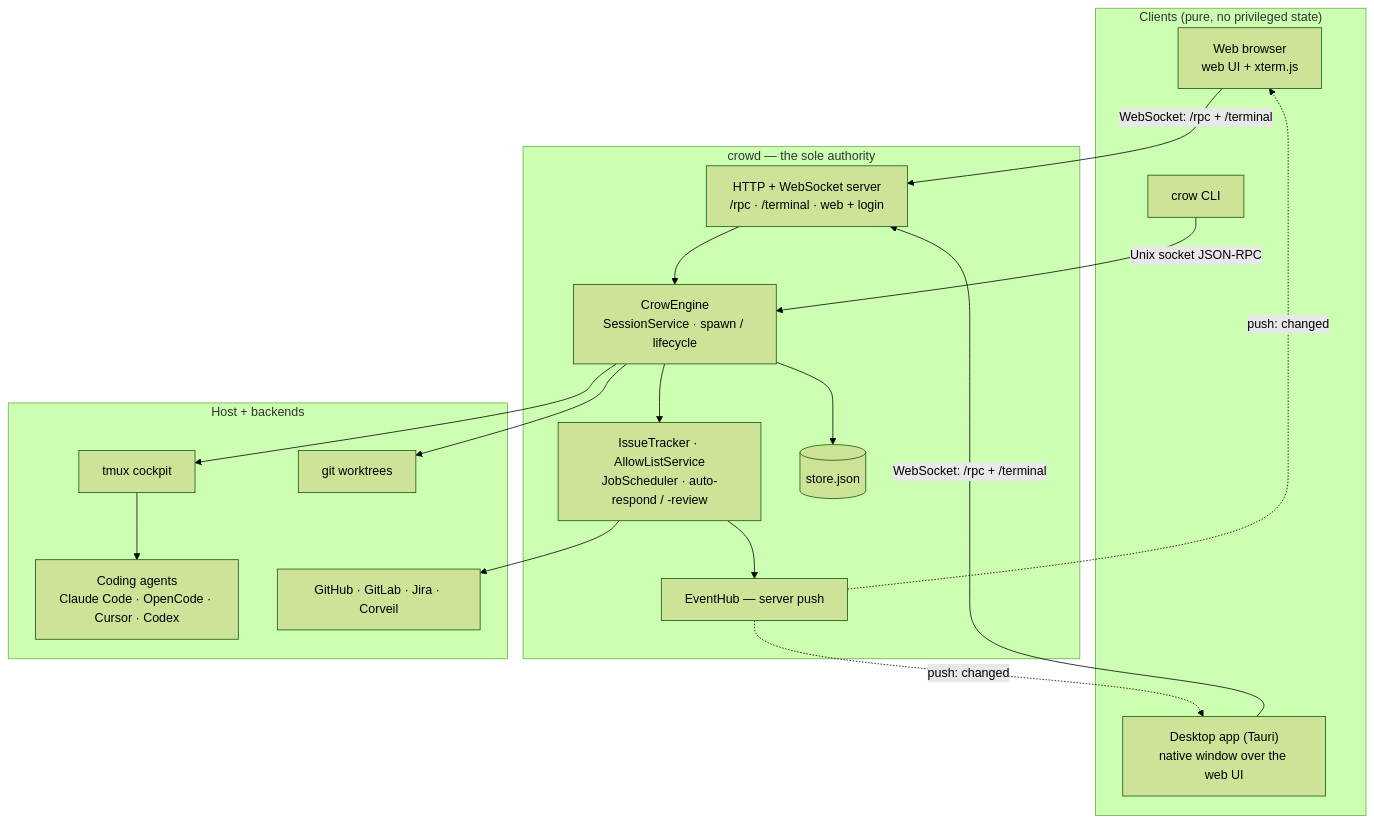
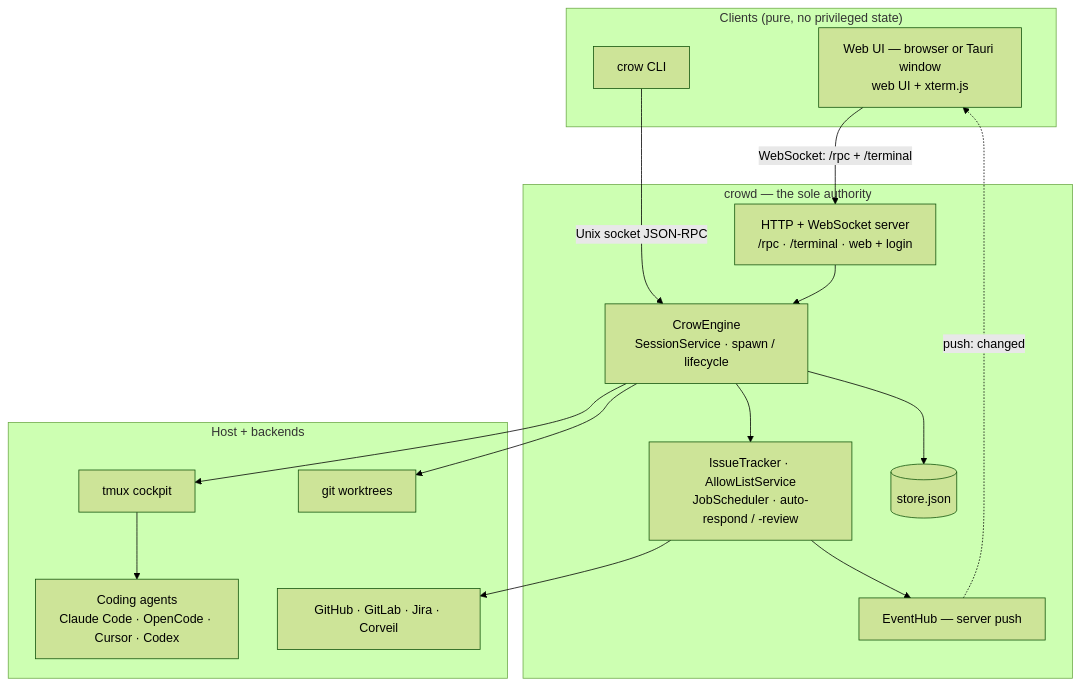
One commit to corveil/crow changed the diagram in README.md. Above: the diagram before and after it, drawn with Mermaid (forest theme). The commit also changed other lines of this file and 6 other files, not shown here.

````diff
--- a/README.md
+++ b/README.md
@@ -9,37 +9,34 @@
 ```mermaid
 flowchart TB
     subgraph clients["Clients (pure, no privileged state)"]
-        WEB["Web browser<br/>web UI + xterm.js"]
-        DESKTOP["Desktop app (Tauri)<br/>native window over the web UI"]
+        WEB["Web UI — browser or Tauri window<br/>web UI + xterm.js"]
         CLI["crow CLI"]
     end
 
     subgraph daemon["crowd — the sole authority"]
         HTTP["HTTP + WebSocket server<br/>/rpc · /terminal · web + login"]
         ENGINE["CrowEngine<br/>SessionService · spawn / lifecycle"]
         BOARDS["IssueTracker · AllowListService<br/>JobScheduler · auto-respond / -review"]
         HUB["EventHub — server push"]
         STORE[("store.json")]
     end
 
     subgraph host["Host + backends"]
         TMUX["tmux cockpit"]
         AGENTS["Coding agents<br/>Claude Code · OpenCode · Cursor · Codex"]
         GIT["git worktrees"]
         PROV["GitHub · GitLab · Jira · Corveil"]
     end
 
     WEB -- "WebSocket: /rpc + /terminal" --> HTTP
-    DESKTOP -- "WebSocket: /rpc + /terminal" --> HTTP
     CLI -- "Unix socket JSON-RPC" --> ENGINE
     HTTP --> ENGINE
     ENGINE --> STORE
     ENGINE --> TMUX
     ENGINE --> GIT
     TMUX --> AGENTS
     ENGINE --> BOARDS
     BOARDS --> PROV
     BOARDS --> HUB
     HUB -. "push: changed" .-> WEB
-    HUB -. "push: changed" .-> DESKTOP
 ```
````
